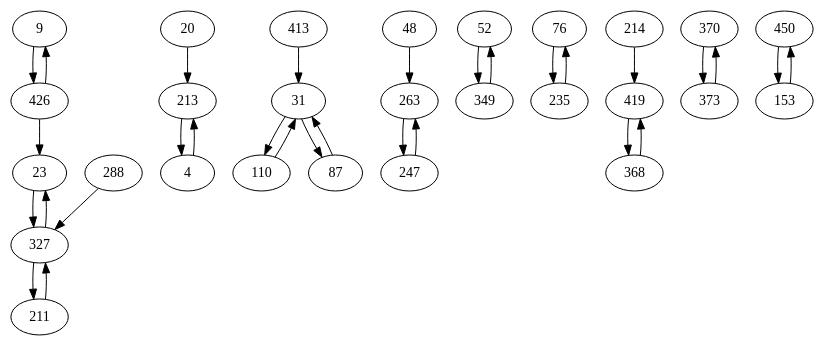
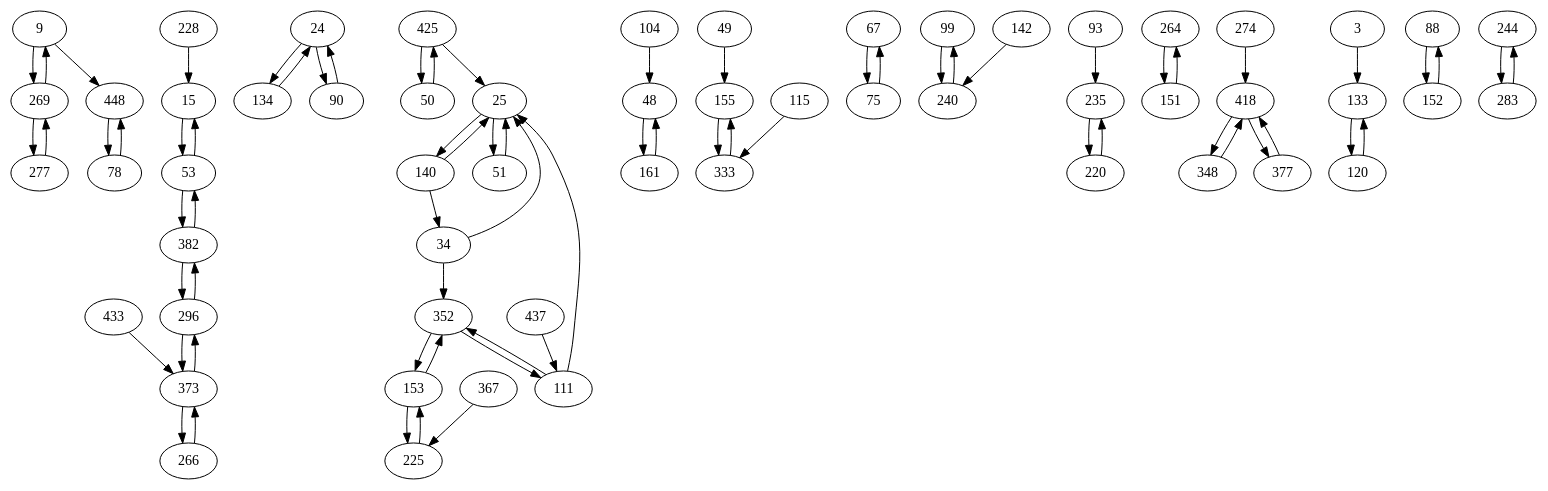
The diagram in external/dbg2olc/RawBestOverlapGraph.dot (AuCson/Genome-Assembly-Implementation), drawn with Graphviz before and after one commit. The commit also changed 79 other files, not shown here.

```diff
--- a/external/dbg2olc/RawBestOverlapGraph.dot
+++ b/external/dbg2olc/RawBestOverlapGraph.dot
@@ -1,59 +1,129 @@
 digraph G {
-9 -> 426;
-20 -> 213;
-23 -> 327;
-31 -> 110;
-48 -> 263;
-52 -> 349;
-76 -> 235;
-87 -> 31;
-110 -> 31;
-211 -> 327;
-213 -> 4;
-214 -> 419;
-235 -> 76;
-263 -> 247;
-288 -> 327;
-327 -> 211;
-349 -> 52;
-368 -> 419;
-370 -> 373;
-413 -> 31;
-426 -> 23;
-450 -> 153;
-4 -> 213;
-31 -> 87;
-153 -> 450;
-247 -> 263;
-327 -> 23;
-373 -> 370;
-419 -> 368;
-426 -> 9;
-4
+9 -> 269;
+15 -> 53;
+24 -> 134;
+25 -> 140;
+34 -> 352;
+48 -> 161;
+49 -> 155;
+50 -> 425;
+53 -> 15;
+67 -> 75;
+75 -> 67;
+78 -> 448;
+99 -> 240;
+104 -> 48;
+111 -> 352;
+115 -> 333;
+134 -> 24;
+140 -> 34;
+142 -> 240;
+153 -> 352;
+155 -> 333;
+225 -> 153;
+235 -> 220;
+240 -> 99;
+264 -> 151;
+269 -> 9;
+274 -> 418;
+277 -> 269;
+296 -> 382;
+333 -> 155;
+352 -> 153;
+373 -> 296;
+382 -> 53;
+418 -> 348;
+425 -> 25;
+433 -> 373;
+437 -> 111;
+3 -> 133;
+9 -> 448;
+24 -> 90;
+25 -> 51;
+34 -> 25;
+51 -> 25;
+53 -> 382;
+88 -> 152;
+90 -> 24;
+93 -> 235;
+111 -> 25;
+120 -> 133;
+133 -> 120;
+140 -> 25;
+151 -> 264;
+152 -> 88;
+153 -> 225;
+161 -> 48;
+220 -> 235;
+228 -> 15;
+244 -> 283;
+266 -> 373;
+269 -> 277;
+283 -> 244;
+296 -> 373;
+348 -> 418;
+352 -> 111;
+367 -> 225;
+373 -> 266;
+377 -> 418;
+382 -> 296;
+418 -> 377;
+425 -> 50;
+448 -> 78;
+3
 9
-20
-23
-31
+15
+24
+25
+34
 48
-52
-76
-87
-110
+49
+50
+51
+53
+67
+75
+78
+88
+90
+93
+99
+104
+111
+115
+120
+133
+134
+140
+142
+151
+152
 153
-211
-213
-214
+155
+161
+220
+225
+228
 235
-247
-263
-288
-327
-349
-368
-370
+240
+244
+264
+266
+269
+274
+277
+283
+296
+333
+348
+352
+367
 373
-413
-419
-426
-450
+377
+382
+418
+425
+433
+437
+448
 }
```
